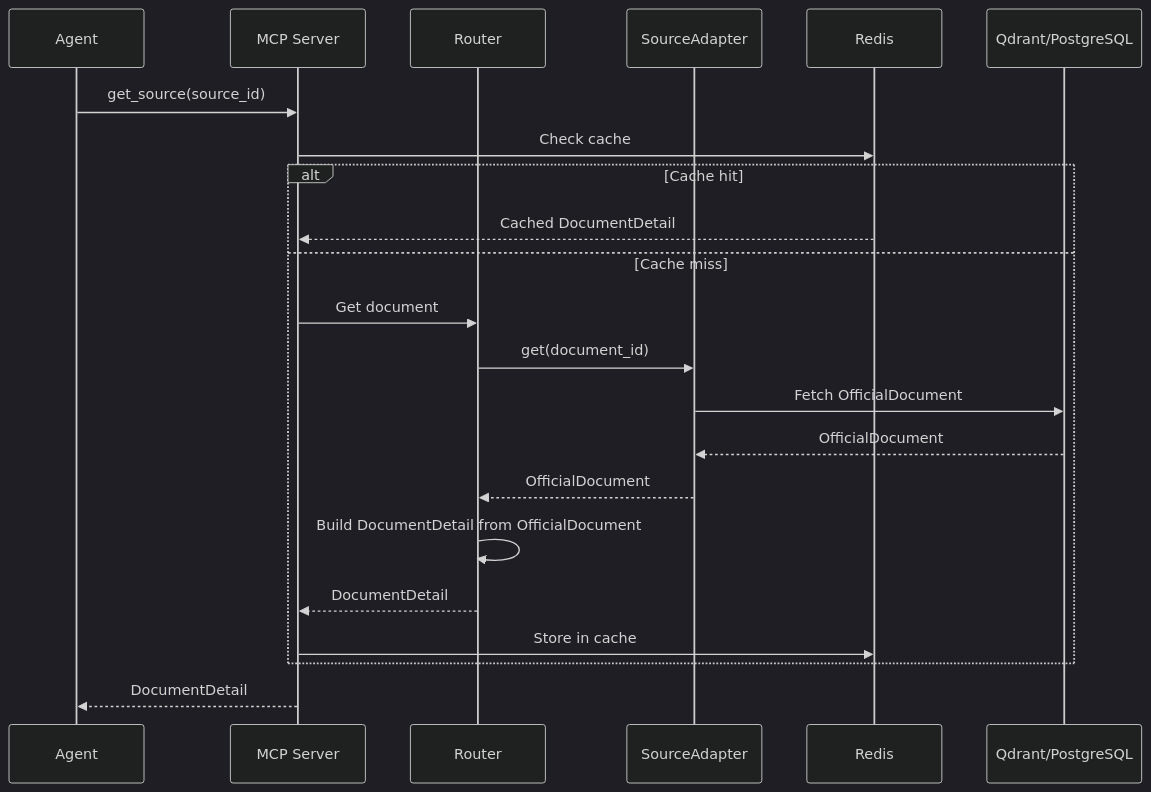
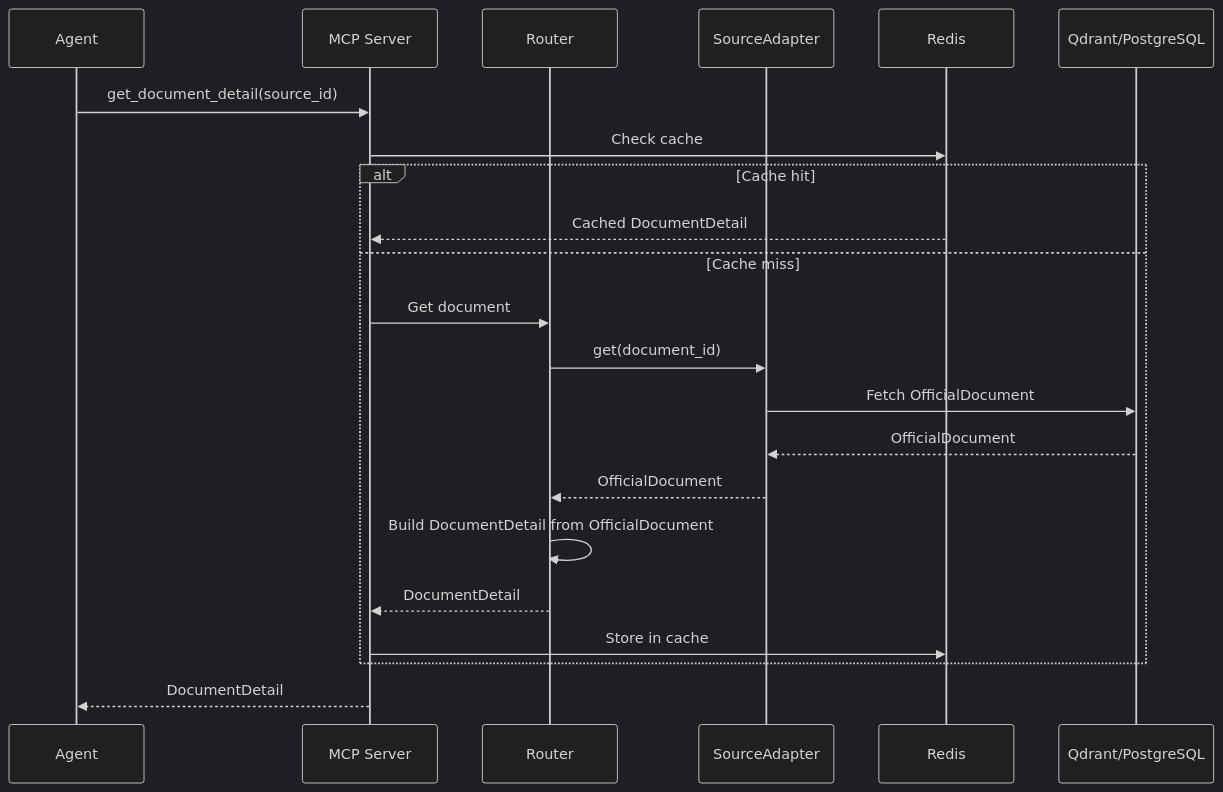
The third of 6 diagrams in plans/data-structures-design.md (igorvolk1961/gov_data_layer), drawn with Mermaid (dark theme) before and after one commit. The commit also changed other lines of this file and 14 other files, not shown here.

````diff
--- a/plans/data-structures-design.md
+++ b/plans/data-structures-design.md
@@ -295,25 +295,25 @@
 ```mermaid
 sequenceDiagram
     participant Agent
     participant MCP as MCP Server
     participant Router
     participant Adapter as SourceAdapter
     participant Cache as Redis
     participant Index as Qdrant/PostgreSQL
 
-    Agent->>MCP: get_source(source_id)
+    Agent->>MCP: get_document_detail(source_id)
     MCP->>Cache: Check cache
     alt Cache hit
         Cache-->>MCP: Cached DocumentDetail
     else Cache miss
         MCP->>Router: Get document
         Router->>Adapter: get(document_id)
         Adapter->>Index: Fetch OfficialDocument
         Index-->>Adapter: OfficialDocument
         Adapter-->>Router: OfficialDocument
         Router->>Router: Build DocumentDetail from OfficialDocument
         Router-->>MCP: DocumentDetail
         MCP->>Cache: Store in cache
     end
     MCP-->>Agent: DocumentDetail
 ```
````
